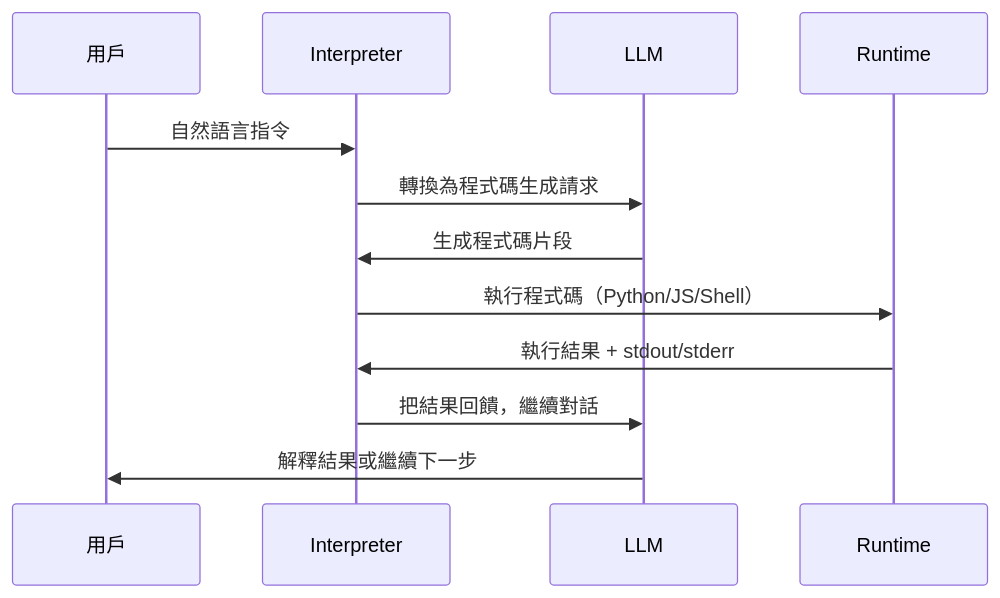
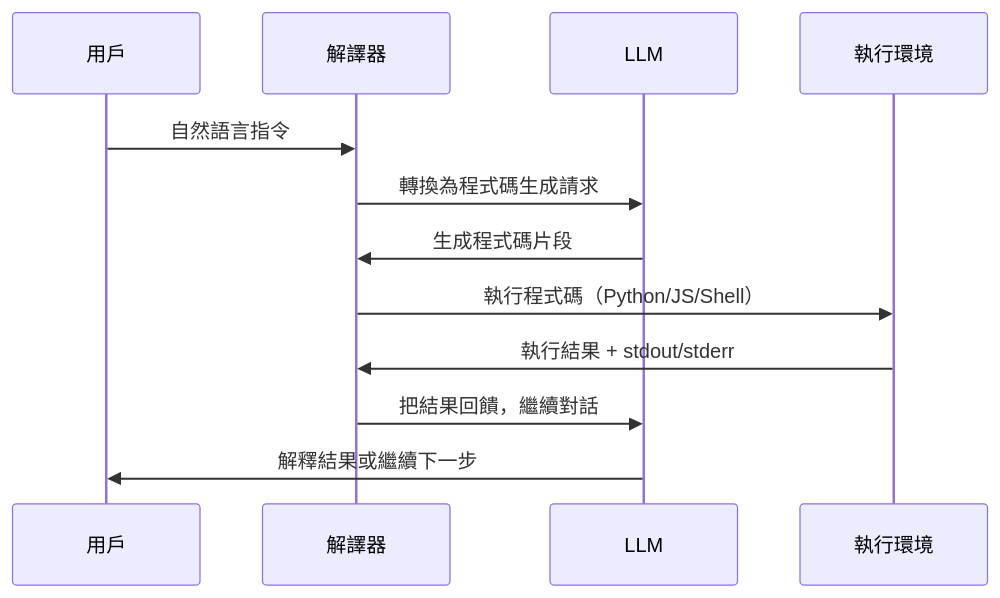
The diagram in src/content/posts/tech/2026-04-26-github110github.md (a920604a/engineernews), drawn with Mermaid before and after one commit. The commit also changed 4 other files, not shown here.

Commit message:
fix: auto-fix mermaid syntax errors in posts

````diff
--- a/src/content/posts/tech/2026-04-26-github110github.md
+++ b/src/content/posts/tech/2026-04-26-github110github.md
@@ -62,14 +62,14 @@
 ```mermaid
 sequenceDiagram
   participant User as 用戶
-  participant Interpreter as Interpreter
+  participant Interpreter as 解譯器
   participant LLM as LLM
-  participant Runtime as Runtime
+  participant Runtime as 執行環境
   User->>Interpreter: 自然語言指令
   Interpreter->>LLM: 轉換為程式碼生成請求
   LLM->>Interpreter: 生成程式碼片段
   Interpreter->>Runtime: 執行程式碼（Python/JS/Shell）
   Runtime->>Interpreter: 執行結果 + stdout/stderr
   Interpreter->>LLM: 把結果回饋，繼續對話
   LLM->>User: 解釋結果或繼續下一步
 ```
````
